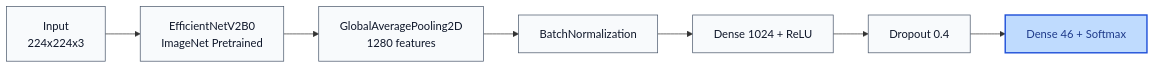
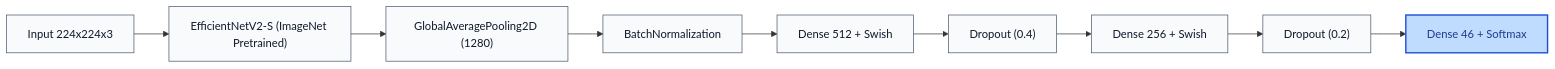
One commit to ItzSwapnil/Leaf_Disease_Detection changed the second of 5 diagrams in docs/architecture.md. Above: the diagram before and after it, drawn with Mermaid. The commit also changed other lines of this file and 45 other files, not shown here.

````diff
--- a/docs/architecture.md
+++ b/docs/architecture.md
@@ -73,15 +76,17 @@
 ```mermaid
 flowchart LR
     classDef block fill:#f8fafc,stroke:#475569,color:#0f172a
     classDef strong fill:#bfdbfe,stroke:#1d4ed8,color:#1e3a8a,stroke-width:2px
 
-    IN[Input\n224x224x3] --> EFF[EfficientNetV2B0\nImageNet Pretrained]
-    EFF --> GAP[GlobalAveragePooling2D\n1280 features]
-    GAP --> BN[BatchNormalization]
-    BN --> D1[Dense 1024 + ReLU]
-    D1 --> DO[Dropout 0.4]
-    DO --> OUT[Dense 46 + Softmax]
+    IN["Input 224x224x3"] --> EFF["EfficientNetV2-S (ImageNet Pretrained)"]
+    EFF --> GAP["GlobalAveragePooling2D (1280)"]
+    GAP --> BN["BatchNormalization"]
+    BN --> D1["Dense 512 + Swish"]
+    D1 --> DO1["Dropout (0.4)"]
+    DO1 --> D2["Dense 256 + Swish"]
+    D2 --> DO2["Dropout (0.2)"]
+    DO2 --> OUT["Dense 46 + Softmax"]
 
-    class IN,EFF,GAP,BN,D1,DO block
+    class IN,EFF,GAP,BN,D1,DO1,D2,DO2 block
     class OUT strong
 ```
````
